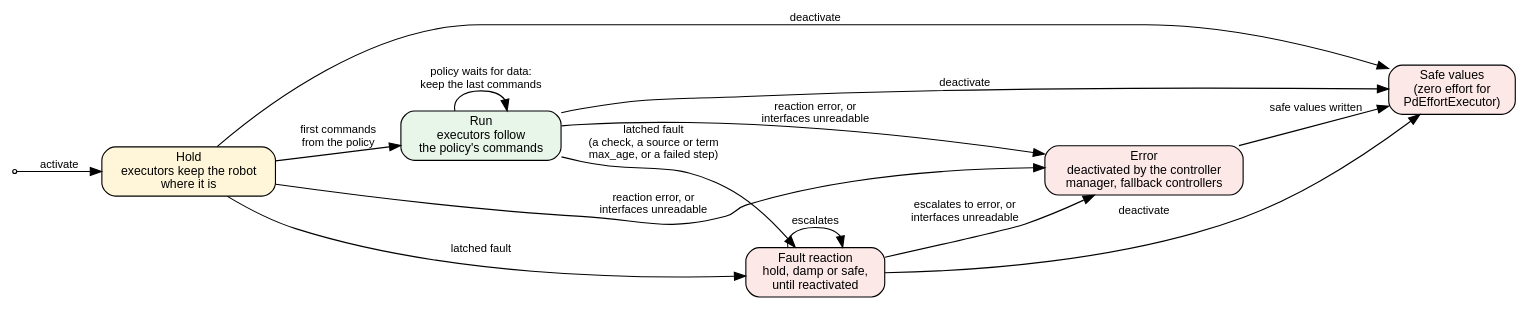
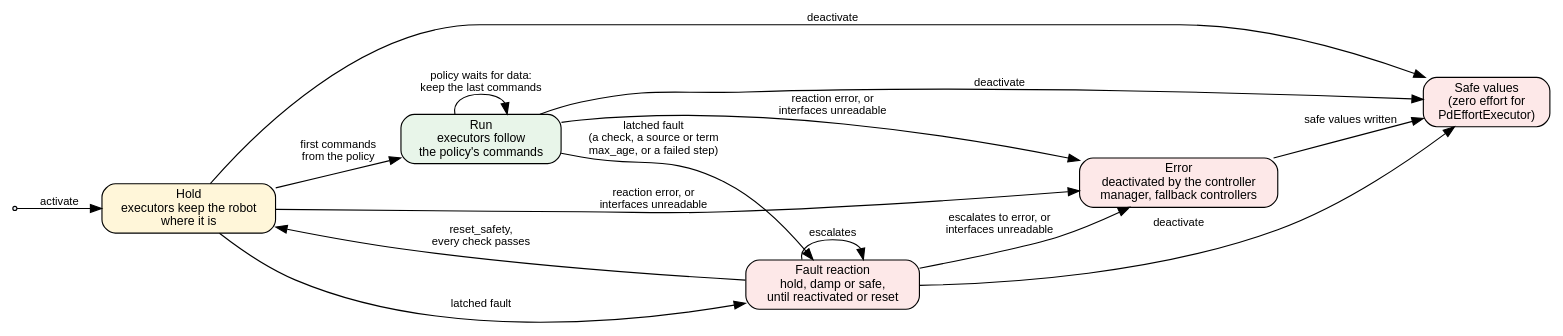
One commit to saikishor/ros2_policy_framework changed the first of 3 diagrams in docs/safety.rst. Above: the diagram before and after it, drawn with Graphviz. The commit also changed other lines of this file and 5 other files, not shown here.

Commit message:
Document the reset_safety service in the README and the docs

```diff
--- a/docs/safety.rst
+++ b/docs/safety.rst
@@ -12,26 +12,27 @@
 .. graphviz::
 
    digraph lifecycle {
      rankdir=LR;
      node [shape=box, style="rounded,filled", fillcolor="#eef3fb", fontname="Helvetica", fontsize=11];
      edge [fontname="Helvetica", fontsize=10];
      start [shape=point];
      hold [label="Hold\nexecutors keep the robot\nwhere it is", fillcolor="#fff6d9"];
      run [label="Run\nexecutors follow\nthe policy's commands", fillcolor="#e8f5e9"];
      safe [label="Safe values\n(zero effort for\nPdEffortExecutor)", fillcolor="#fde8e8"];
-     fault [label="Fault reaction\nhold, damp or safe,\nuntil reactivated", fillcolor="#fde8e8"];
+     fault [label="Fault reaction\nhold, damp or safe,\nuntil reactivated or reset", fillcolor="#fde8e8"];
      error [label="Error\ndeactivated by the controller\nmanager, fallback controllers", fillcolor="#fde8e8"];
      start -> hold [label="activate"];
      hold -> run [label="first commands\nfrom the policy"];
      run -> run [label="policy waits for data:\nkeep the last commands"];
      hold -> fault [label="latched fault"];
      hold -> error [label="reaction error, or\ninterfaces unreadable"];
      run -> fault [label="latched fault\n(a check, a source or term\nmax_age, or a failed step)"];
      fault -> fault [label="escalates"];
+     fault -> hold [label="reset_safety,\nevery check passes"];
      run -> error [label="reaction error, or\ninterfaces unreadable"];
      fault -> error [label="escalates to error, or\ninterfaces unreadable"];
      error -> safe [label="safe values written"];
      hold -> safe [label="deactivate"];
      run -> safe [label="deactivate"];
      fault -> safe [label="deactivate"];
    }
```
